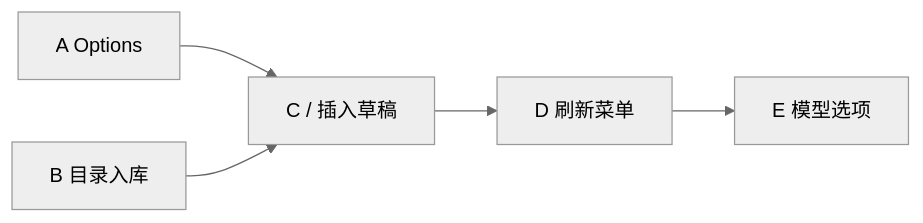
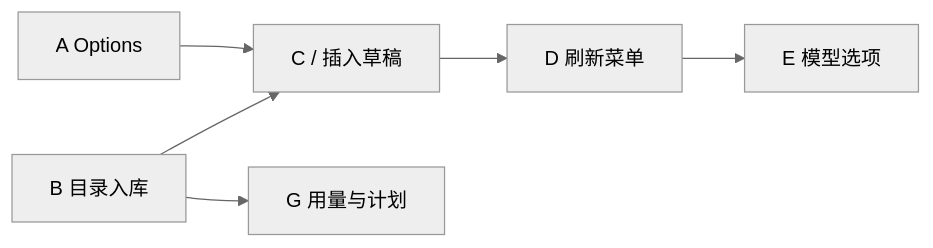
The diagram in docs/proposals/chat-host-depth.md (nicechencs/AgentHub), drawn with Mermaid (neutral theme) before and after one commit. The commit also changed other lines of this file and 18 other files, not shown here.

````diff
--- a/docs/proposals/chat-host-depth.md
+++ b/docs/proposals/chat-host-depth.md
@@ -158,12 +158,14 @@
 ```mermaid
 flowchart LR
   A[A Options]
   B[B 目录入库]
   C["C / 插入草稿"]
   D[D 刷新菜单]
   E[E 模型选项]
+  G[G 用量与计划]
   A --> C
   B --> C
   C --> D
   D --> E
+  B --> G
 ```
````
